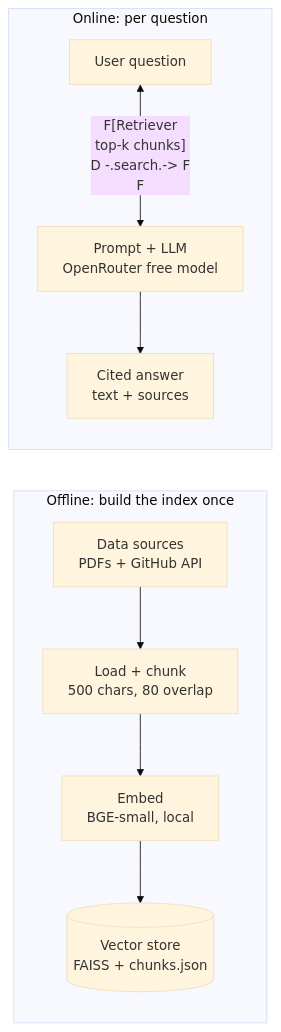
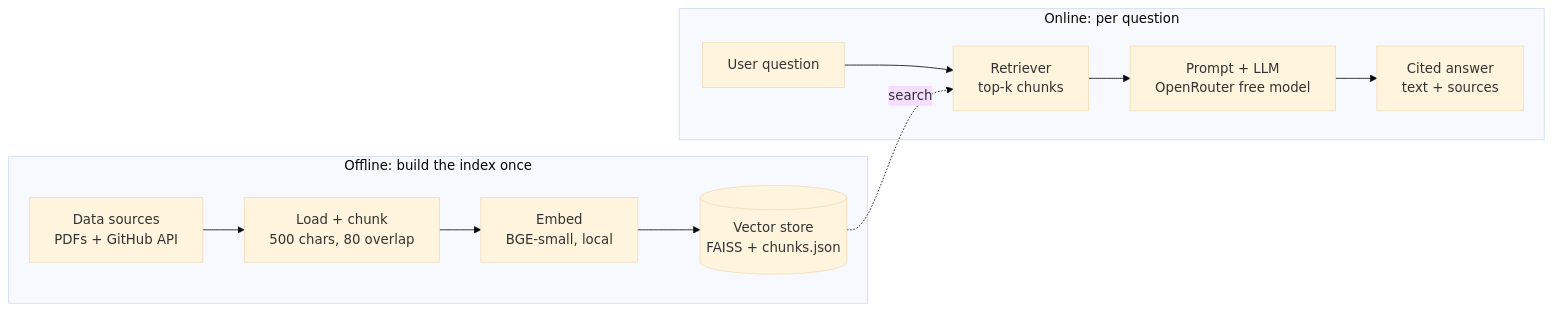
The diagram in README.md (ammar-abdelghany30/MeRAG), drawn with Mermaid (base theme) before and after one commit.

Commit message:
Fix arrow direction in flowchart in README

````diff
--- a/README.md
+++ b/README.md
@@ -9,14 +9,14 @@
 ```mermaid
 flowchart LR
     subgraph Offline["Offline: build the index once"]
         A[Data sources<br/>PDFs + GitHub API] --> B[Load + chunk<br/>500 chars, 80 overlap]
         B --> C[Embed<br/>BGE-small, local]
         C --> D[(Vector store<br/>FAISS + chunks.json)]
     end
     subgraph Online["Online: per question"]
-        E[User question] <-- F[Retriever<br/>top-k chunks]
+        E[User question] --> F[Retriever<br/>top-k chunks]
         D -.search.-> F
         F --> G[Prompt + LLM<br/>OpenRouter free model]
         G --> H[Cited answer<br/>text + sources]
     end
 ```
````
